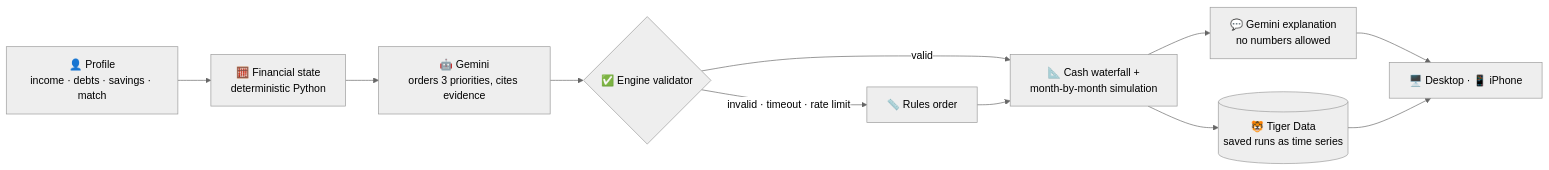
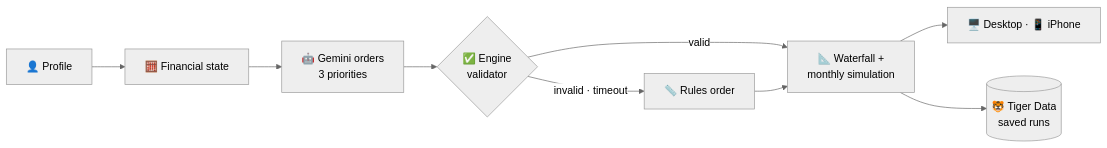
The diagram in README.md (TheCoderrrrr/HackUMBC), drawn with Mermaid (neutral theme) before and after one commit. The commit also changed other lines of this file, not shown here.

````diff
--- a/README.md
+++ b/README.md
@@ -31,12 +49,10 @@
 ```mermaid
 flowchart LR
-    profile["👤 Profile<br/>income · debts · savings · match"] --> state["🧮 Financial state<br/>deterministic Python"]
-    state --> gemini["🤖 Gemini<br/>orders 3 priorities, cites evidence"]
-    gemini --> validate{"✅ Engine validator"}
-    validate -- "valid" --> engine["📐 Cash waterfall +<br/>month-by-month simulation"]
-    validate -- "invalid · timeout · rate limit" --> rules["📏 Rules order"] --> engine
-    engine --> explain["💬 Gemini explanation<br/>no numbers allowed"]
-    explain --> apps["🖥️ Desktop · 📱 iPhone"]
-    engine --> tiger[("🐯 Tiger Data<br/>saved runs as time series")]
-    tiger --> apps
+    profile["👤 Profile"] --> state["🧮 Financial state"]
+    state --> gemini["🤖 Gemini orders<br/>3 priorities"]
+    gemini --> check{"✅ Engine<br/>validator"}
+    check -- valid --> engine["📐 Waterfall +<br/>monthly simulation"]
+    check -- "invalid · timeout" --> rules["📏 Rules order"] --> engine
+    engine --> apps["🖥️ Desktop · 📱 iPhone"]
+    engine --> tiger[("🐯 Tiger Data<br/>saved runs")]
 ```
````
